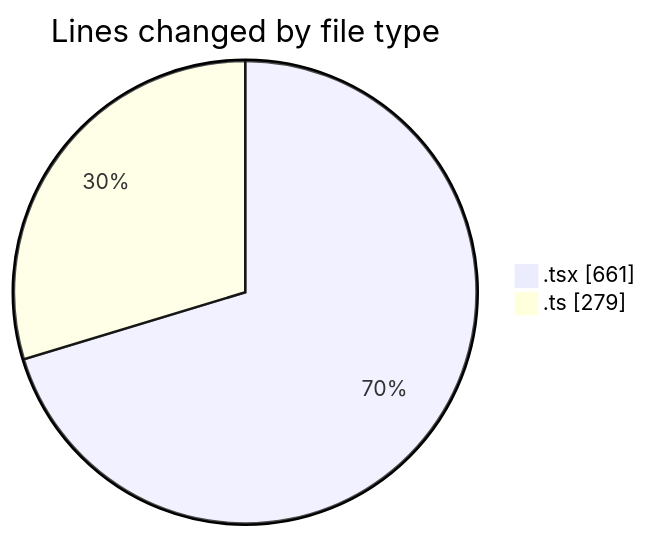
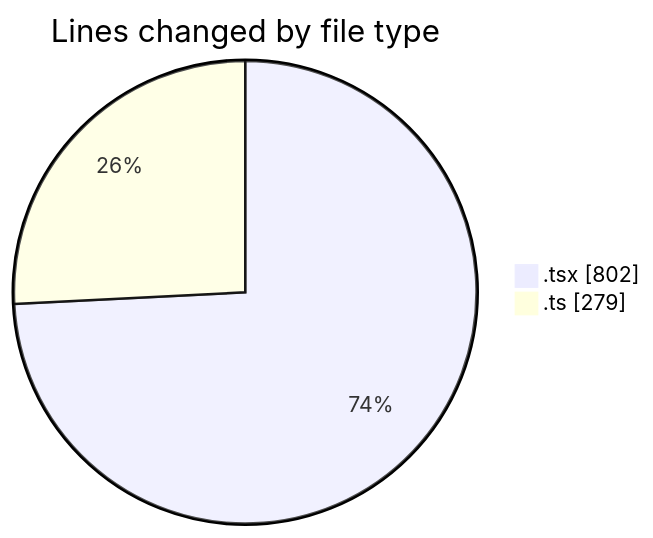
One commit to nxtqubesakshisongat/code-tracking changed the first of 2 diagrams in 2026-04-19/airfeed-analytics-dashboard/README.md. Above: the diagram before and after it, drawn with Mermaid. The commit also changed other lines of this file and 1 other file, not shown here.

````diff
--- a/2026-04-19/airfeed-analytics-dashboard/README.md
+++ b/2026-04-19/airfeed-analytics-dashboard/README.md
@@ -23,6 +25,6 @@
 ```mermaid
 pie showData
 title Lines changed by file type
-".tsx" : 661
+".tsx" : 802
 ".ts" : 279
 ```
````
